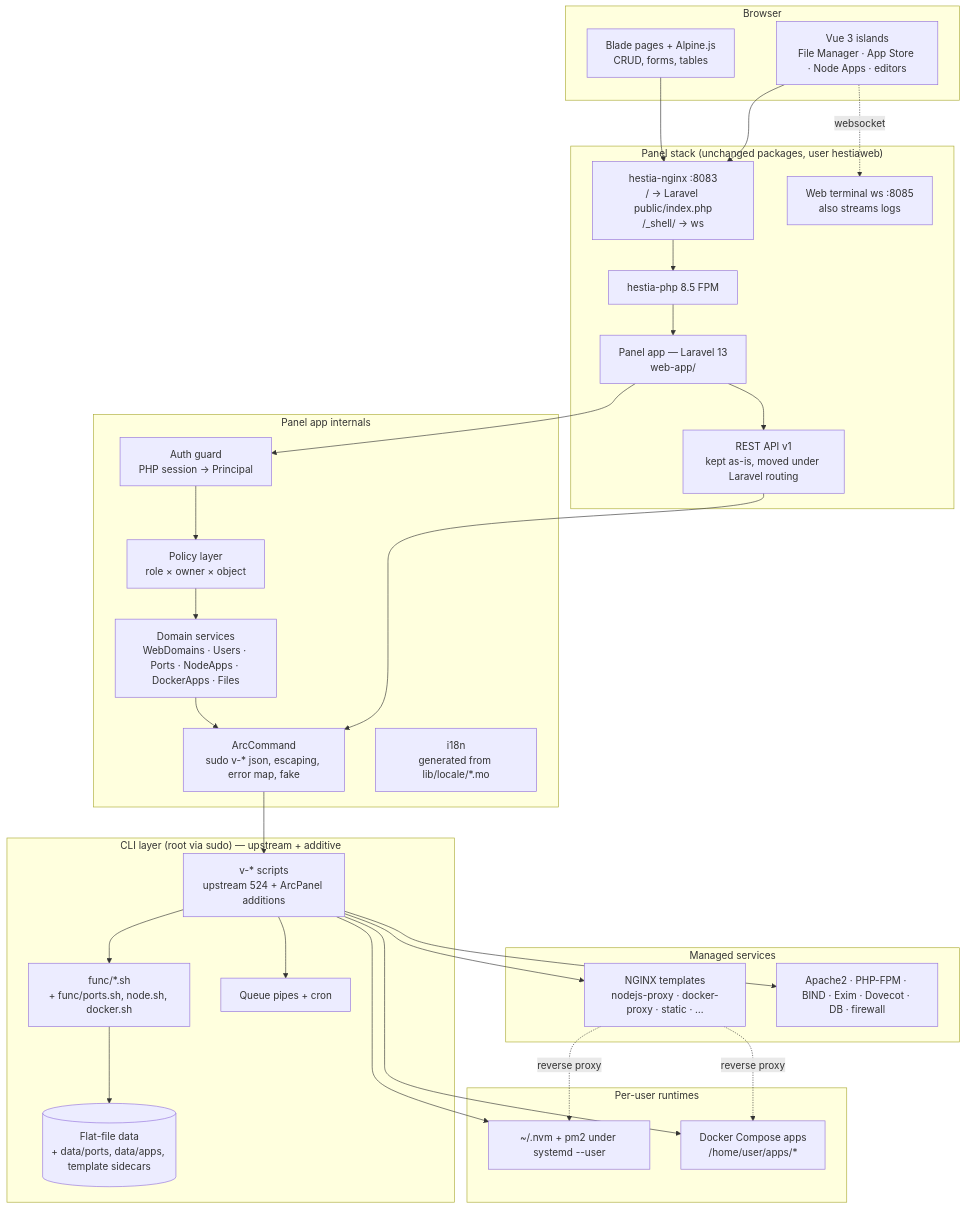
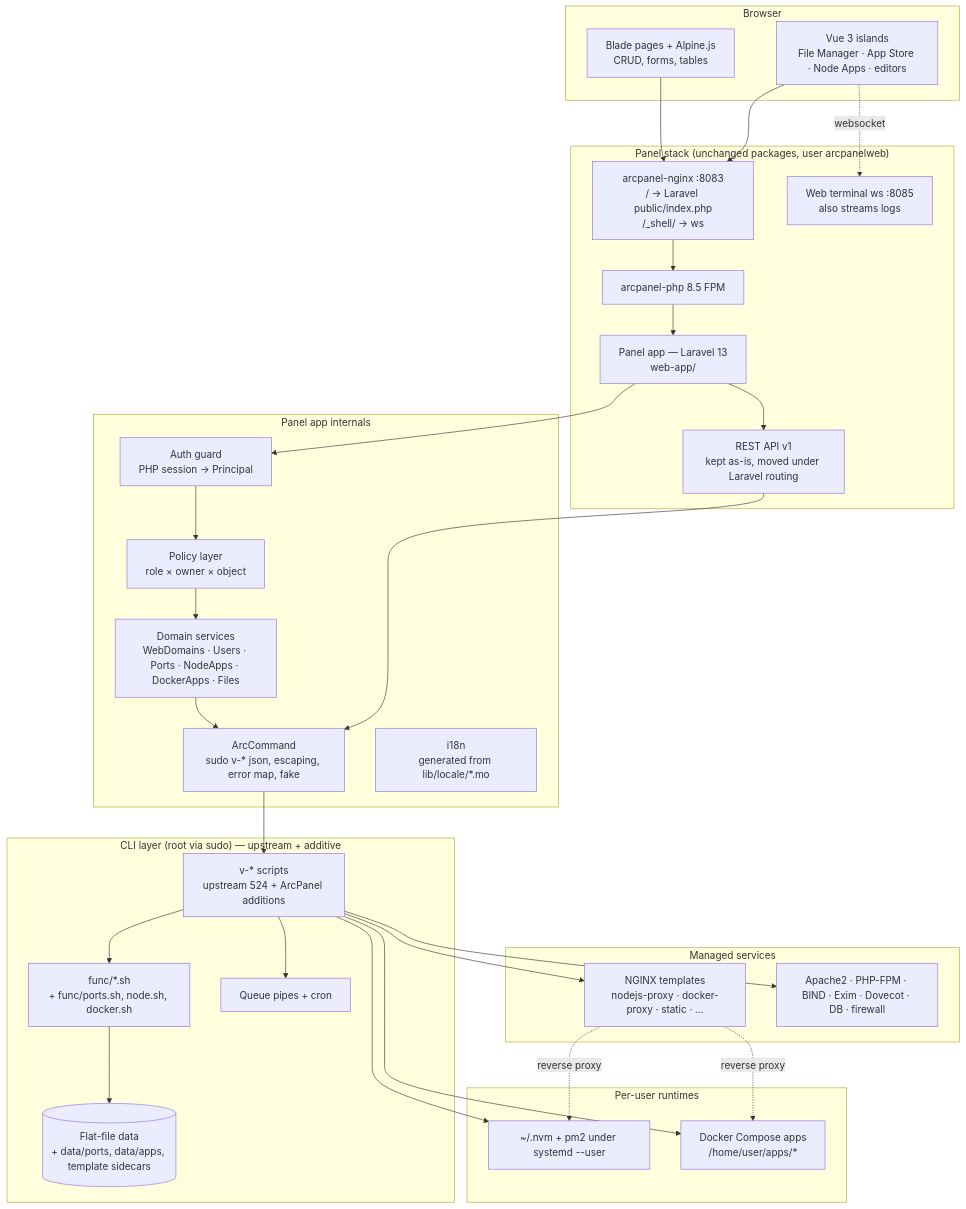
The second of 4 diagrams in docs/design/01-architecture-overview.md (arc-panel-oss/arcpanel), drawn with Mermaid before and after one commit. The commit also changed other lines of this file and 59 other files, not shown here.

````diff
--- a/docs/design/01-architecture-overview.md
+++ b/docs/design/01-architecture-overview.md
@@ -37,55 +37,55 @@
 ```mermaid
 flowchart TB
   subgraph browser[Browser]
     blade[Blade pages + Alpine.js<br/>CRUD, forms, tables]
     islands[Vue 3 islands<br/>File Manager · App Store · Node Apps · editors]
   end
 
-  subgraph panel["Panel stack (unchanged packages, user hestiaweb)"]
-    hnginx[hestia-nginx :8083<br/>/ → Laravel public/index.php<br/>/_shell/ → ws]
-    hphp[hestia-php 8.5 FPM]
+  subgraph panel["Panel stack (unchanged packages, user arcpanelweb)"]
+    hnginx[arcpanel-nginx :8083<br/>/ → Laravel public/index.php<br/>/_shell/ → ws]
+    hphp[arcpanel-php 8.5 FPM]
     laravel[Panel app — Laravel 13<br/>web-app/]
     apiv1[REST API v1<br/>kept as-is, moved under Laravel routing]
     term[Web terminal ws :8085<br/>also streams logs]
   end
 
   subgraph app["Panel app internals"]
     auth[Auth guard<br/>PHP session → Principal]
     policy[Policy layer<br/>role × owner × object]
     hc[ArcCommand<br/>sudo v-* json, escaping, error map, fake]
     svc[Domain services<br/>WebDomains · Users · Ports · NodeApps · DockerApps · Files]
     i18n[i18n<br/>generated from lib/locale/*.mo]
   end
 
   subgraph cli["CLI layer (root via sudo) — upstream + additive"]
     bin[v-* scripts<br/>upstream 524 + ArcPanel additions]
     func[func/*.sh<br/>+ func/ports.sh, node.sh, docker.sh]
     data[(Flat-file data<br/>+ data/ports, data/apps, template sidecars)]
     queue[Queue pipes + cron]
   end
 
   subgraph runtime[Per-user runtimes]
     nvm[~/.nvm + pm2 under systemd --user]
     docker[Docker Compose apps<br/>/home/user/apps/*]
   end
 
   subgraph services[Managed services]
     nginx[NGINX templates<br/>nodejs-proxy · docker-proxy · static · …]
     rest[Apache2 · PHP-FPM · BIND · Exim · Dovecot · DB · firewall]
   end
 
   blade --> hnginx
   islands --> hnginx
   hnginx --> hphp --> laravel
   laravel --> auth --> policy --> svc --> hc
   laravel --> apiv1 --> hc
   islands -. websocket .-> term
   hc --> bin --> func --> data
   bin --> queue
   bin --> nvm
   bin --> docker
   bin --> nginx
   bin --> rest
   nginx -. reverse proxy .-> nvm
   nginx -. reverse proxy .-> docker
 ```
````
